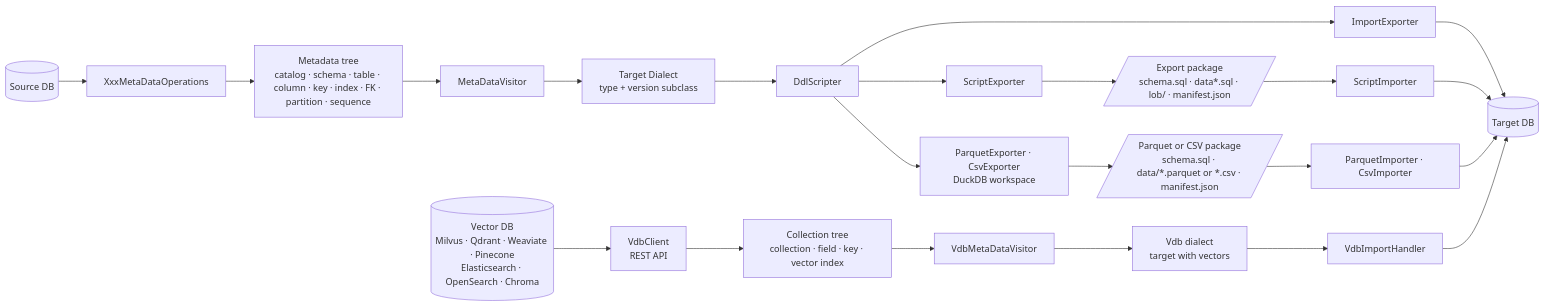
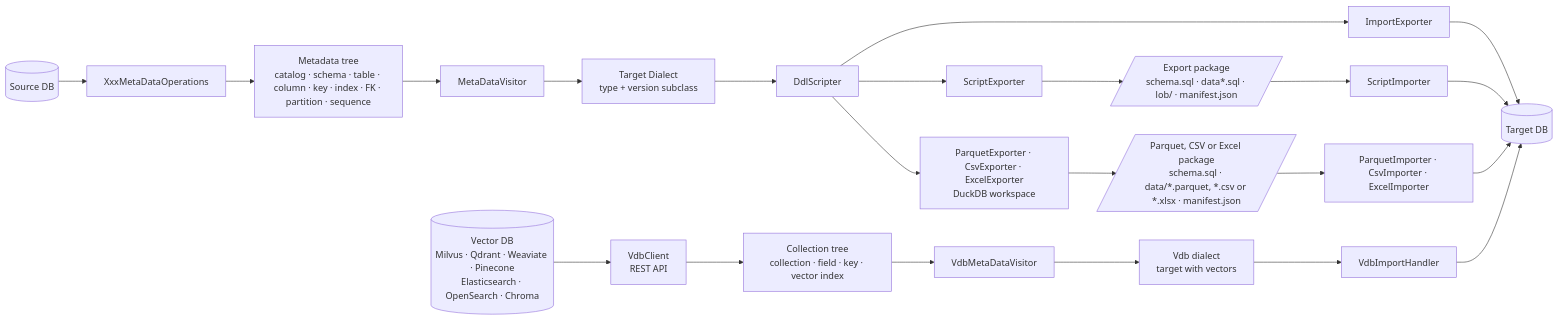
The diagram in README.md (paganini2008/sqljam), drawn with Mermaid before and after one commit. The commit also changed other lines of this file and 79 other files, not shown here.

Commit message:
feat: Excel import and export, CSV and Excel classes in impexp.fs, Utils classes in utils

````diff
--- a/README.md
+++ b/README.md
@@ -62,16 +63,16 @@
 ```mermaid
 flowchart LR
     S[(Source DB)] --> O[XxxMetaDataOperations]
     O --> T[Metadata tree<br/>catalog · schema · table · column · key · index · FK · partition · sequence]
     T --> V[MetaDataVisitor]
     V --> D[Target Dialect<br/>type + version subclass]
     D --> DS[DdlScripter]
     DS --> I[ImportExporter] --> TD[(Target DB)]
     DS --> E[ScriptExporter] --> P[/Export package<br/>schema.sql · data*.sql · lob/ · manifest.json/]
-    DS --> PE[ParquetExporter · CsvExporter<br/>DuckDB workspace] --> PP[/Parquet or CSV package<br/>schema.sql · data/*.parquet or *.csv · manifest.json/]
+    DS --> PE[ParquetExporter · CsvExporter · ExcelExporter<br/>DuckDB workspace] --> PP[/Parquet, CSV or Excel package<br/>schema.sql · data/*.parquet, *.csv or *.xlsx · manifest.json/]
     P --> SI[ScriptImporter] --> TD
-    PP --> PI[ParquetImporter · CsvImporter] --> TD
+    PP --> PI[ParquetImporter · CsvImporter · ExcelImporter] --> TD
     VS[(Vector DB<br/>Milvus · Qdrant · Weaviate · Pinecone<br/>Elasticsearch · OpenSearch · Chroma)] --> VC[VdbClient<br/>REST API]
     VC --> VT[Collection tree<br/>collection · field · key · vector index]
     VT --> VV[VdbMetaDataVisitor] --> VD[Vdb dialect<br/>target with vectors] --> VI[VdbImportHandler] --> TD
 ```
````
